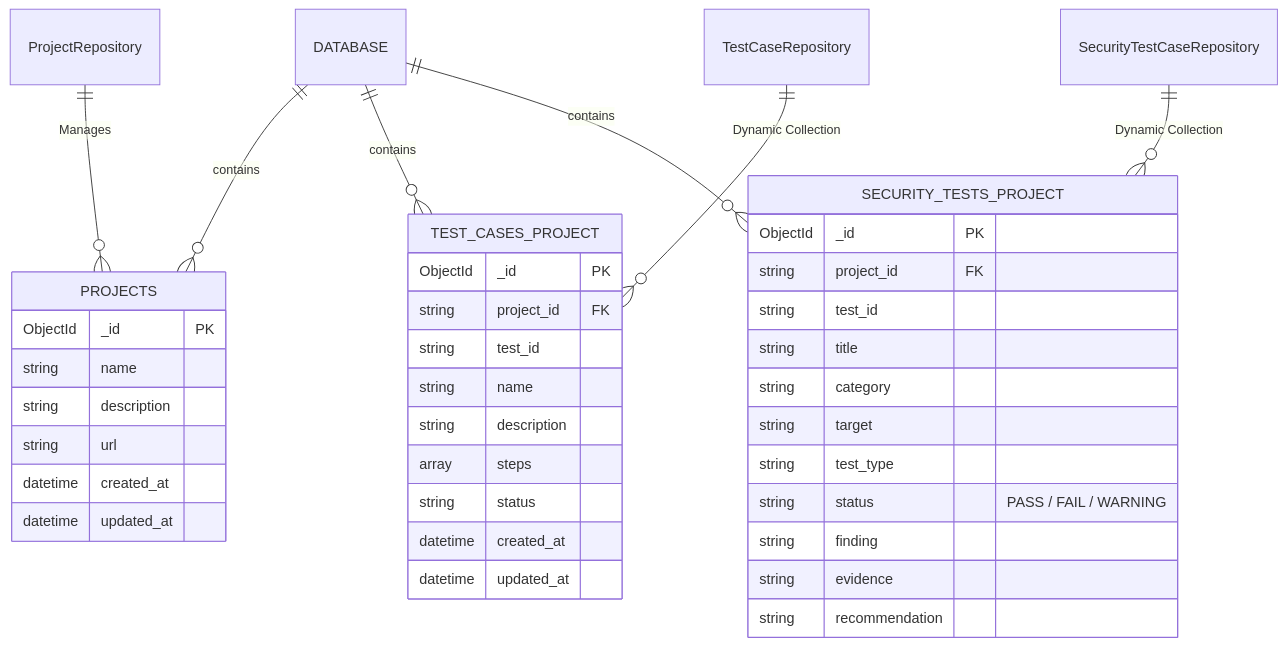
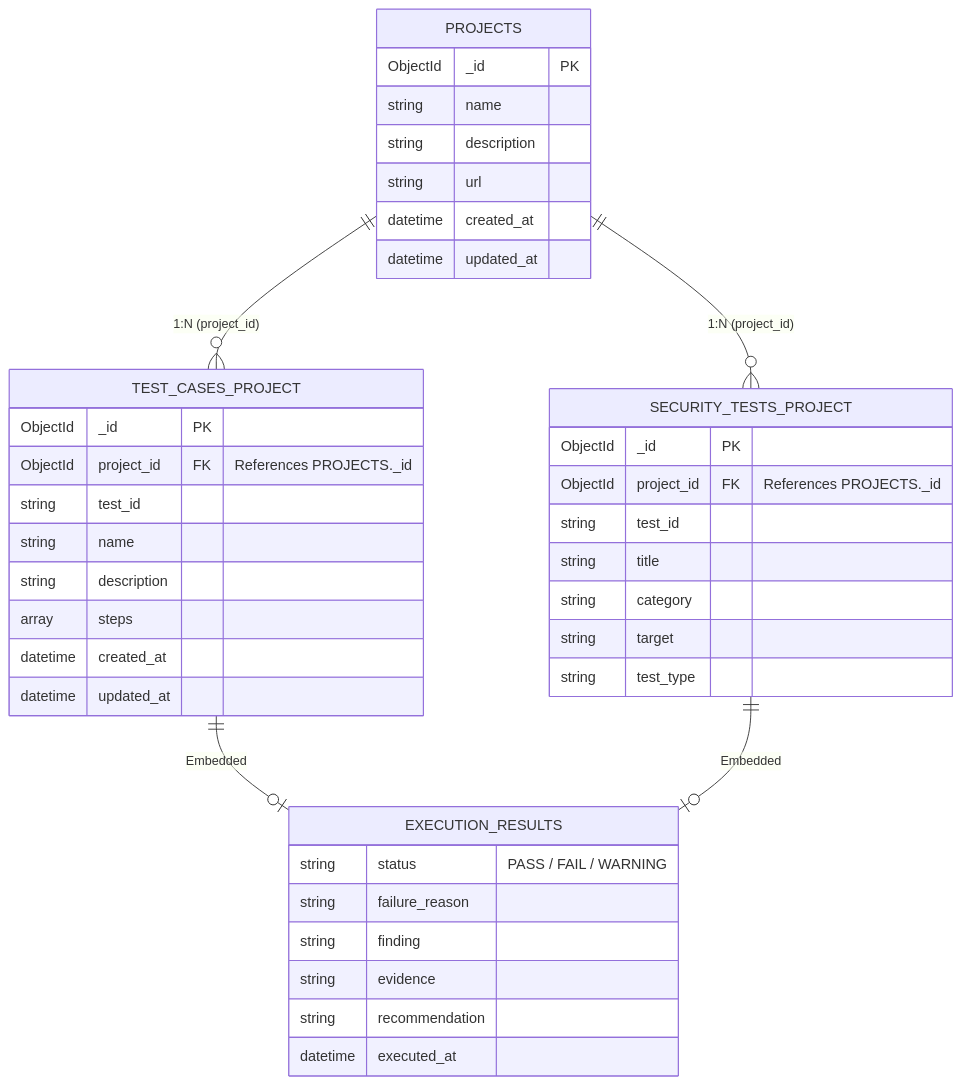
Before and after one commit to Shivam-Kapure/AQuA-BTech: the second of 2 diagrams in README.md, drawn with Mermaid. The commit also changed other lines of this file and 20 other files, not shown here.

````diff
--- a/README.md
+++ b/README.md
@@ -119,45 +119,47 @@
 ```mermaid
 erDiagram
-    DATABASE ||--o{ PROJECTS : contains
-    DATABASE ||--o{ TEST_CASES_PROJECT : contains
-    DATABASE ||--o{ SECURITY_TESTS_PROJECT : contains
+    %% Core Relationships
+    PROJECTS ||--o{ TEST_CASES_PROJECT : "1:N (project_id)"
+    PROJECTS ||--o{ SECURITY_TESTS_PROJECT : "1:N (project_id)"
+    TEST_CASES_PROJECT ||--o| EXECUTION_RESULTS : "Embedded"
+    SECURITY_TESTS_PROJECT ||--o| EXECUTION_RESULTS : "Embedded"
     
     PROJECTS {
         ObjectId _id PK
         string name
         string description
         string url
         datetime created_at
         datetime updated_at
     }
     
     TEST_CASES_PROJECT {
         ObjectId _id PK
-        string project_id FK
+        ObjectId project_id FK "References PROJECTS._id"
         string test_id
         string name
         string description
         array steps
-        string status
         datetime created_at
         datetime updated_at
     }
     
     SECURITY_TESTS_PROJECT {
         ObjectId _id PK
-        string project_id FK
+        ObjectId project_id FK "References PROJECTS._id"
         string test_id
         string title
         string category
         string target
         string test_type
+    }
+    
+    EXECUTION_RESULTS {
         string status "PASS / FAIL / WARNING"
+        string failure_reason
         string finding
         string evidence
         string recommendation
+        datetime executed_at
     }
-    
-    ProjectRepository ||--o{ PROJECTS : Manages
-    TestCaseRepository ||--o{ TEST_CASES_PROJECT : "Dynamic Collection"
-    SecurityTestCaseRepository ||--o{ SECURITY_TESTS_PROJECT : "Dynamic Collection"
 ```
````
